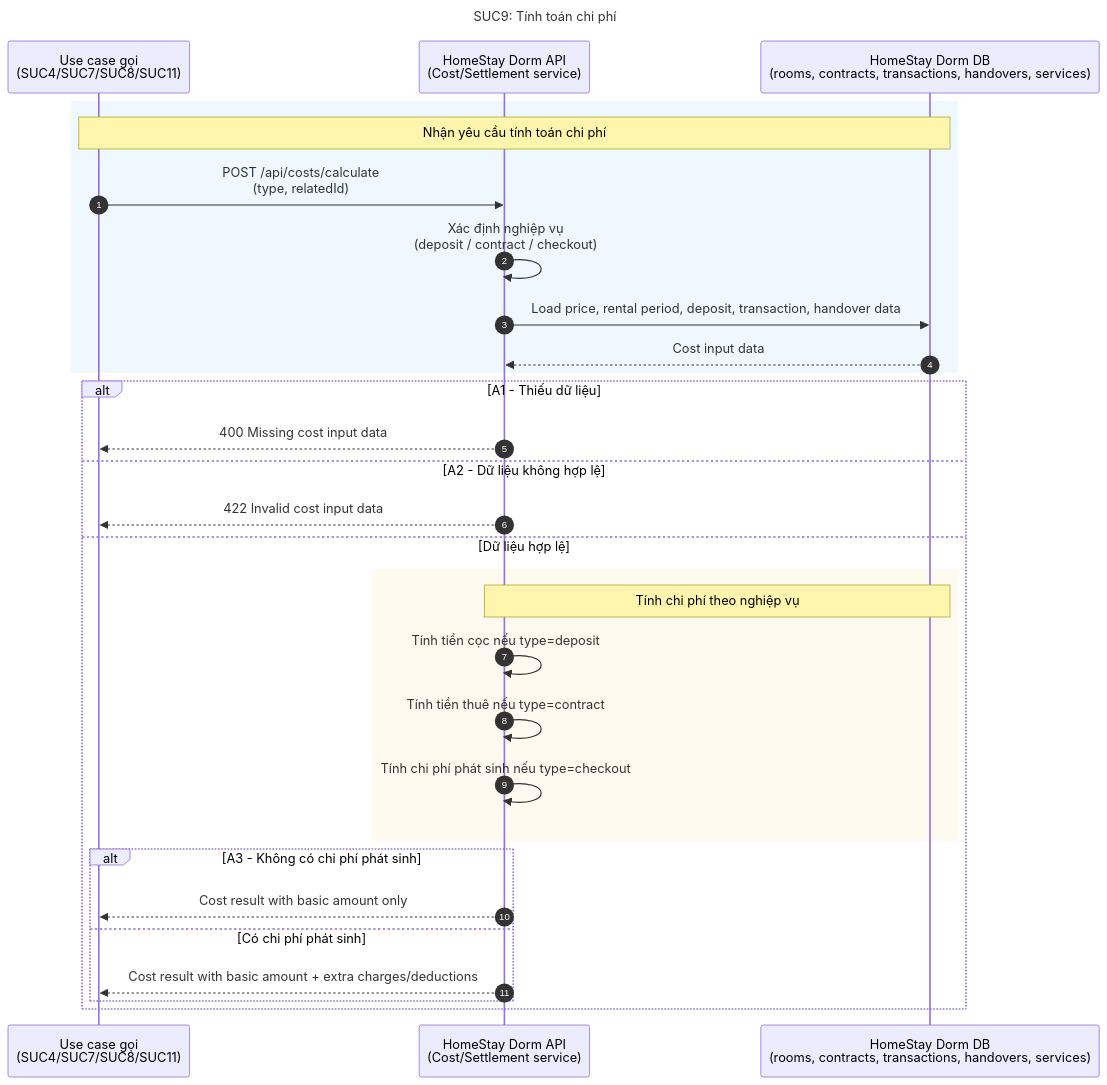
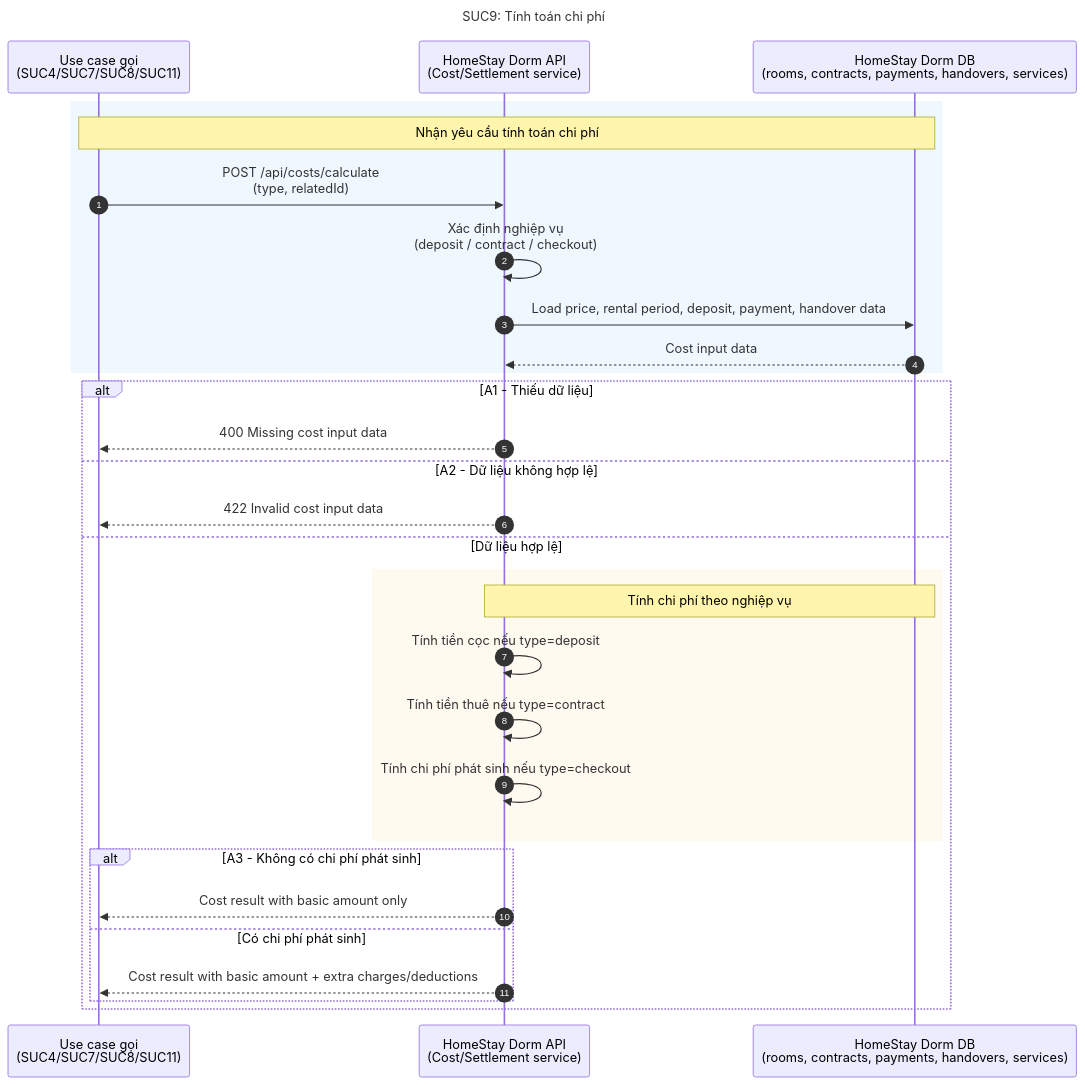
One commit to dinhdaivu/CSC12004_Information-Systems-Analysis-and-Design changed the diagram in docs/SUC/SUC09-tinh-toan-chi-phi.mmd. Above: the diagram before and after it, drawn with Mermaid. The commit also changed 30 other files, not shown here.

Commit message:
docs: change transactions to payments (#8)

```diff
--- a/docs/SUC/SUC09-tinh-toan-chi-phi.mmd
+++ b/docs/SUC/SUC09-tinh-toan-chi-phi.mmd
@@ -1,33 +1,33 @@
 sequenceDiagram
     title SUC9: Tính toán chi phí
     autonumber
     participant Caller as Use case gọi<br/>(SUC4/SUC7/SUC8/SUC11)
     participant API as HomeStay Dorm API<br/>(Cost/Settlement service)
-    participant DB as HomeStay Dorm DB<br/>(rooms, contracts, transactions, handovers, services)
+    participant DB as HomeStay Dorm DB<br/>(rooms, contracts, payments, handovers, services)
 
     rect rgb(240, 248, 255)
         Note over Caller, DB: Nhận yêu cầu tính toán chi phí
         Caller->>API: POST /api/costs/calculate<br/>(type, relatedId)
         API->>API: Xác định nghiệp vụ<br/>(deposit / contract / checkout)
-        API->>DB: Load price, rental period, deposit, transaction, handover data
+        API->>DB: Load price, rental period, deposit, payment, handover data
         DB-->>API: Cost input data
     end
 
     alt A1 - Thiếu dữ liệu
         API-->>Caller: 400 Missing cost input data
     else A2 - Dữ liệu không hợp lệ
         API-->>Caller: 422 Invalid cost input data
     else Dữ liệu hợp lệ
         rect rgb(255, 250, 240)
             Note over API, DB: Tính chi phí theo nghiệp vụ
             API->>API: Tính tiền cọc nếu type=deposit
             API->>API: Tính tiền thuê nếu type=contract
             API->>API: Tính chi phí phát sinh nếu type=checkout
         end
 
         alt A3 - Không có chi phí phát sinh
             API-->>Caller: Cost result with basic amount only
         else Có chi phí phát sinh
             API-->>Caller: Cost result with basic amount + extra charges/deductions
         end
     end
```
